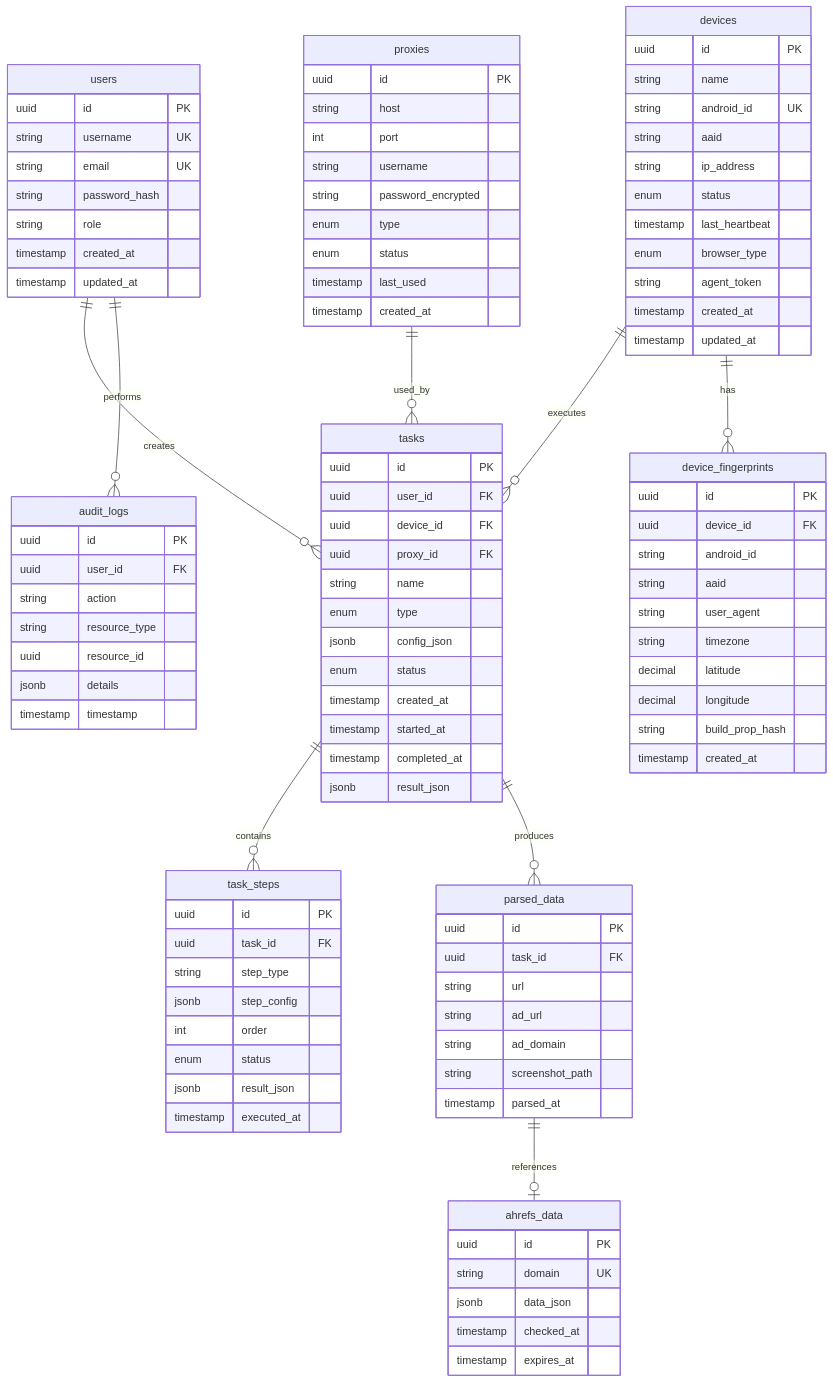
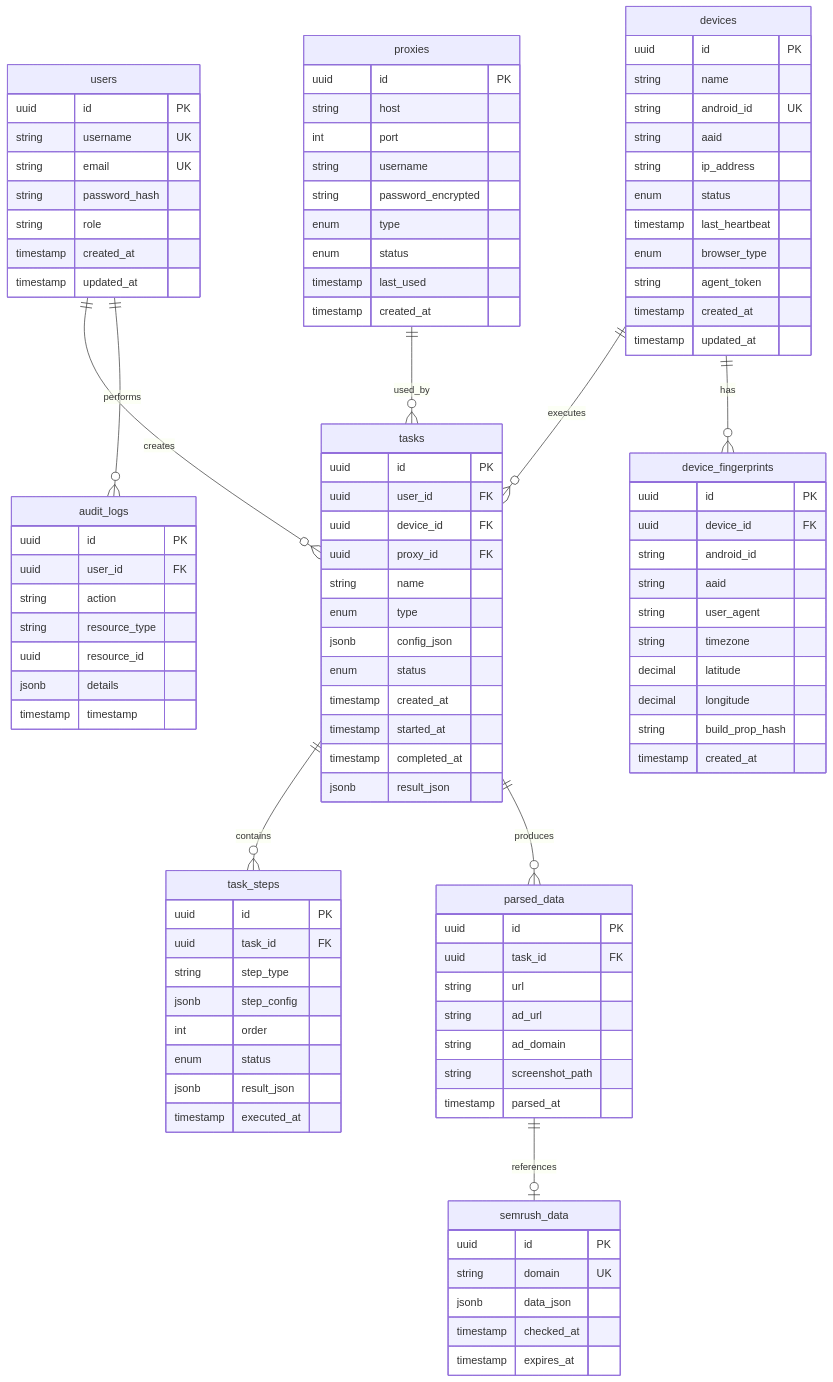
Before and after one commit to TaisyaFreelanse/andoid: the diagram in docs/erd.md, drawn with Mermaid. The commit also changed other lines of this file and 7 other files, not shown here.

```diff
--- a/docs/erd.md
+++ b/docs/erd.md
@@ -13,7 +13,7 @@
     tasks ||--o{ task_steps : contains
     tasks ||--o{ parsed_data : produces
     proxies ||--o{ tasks : used_by
-    parsed_data ||--o| ahrefs_data : references
+    parsed_data ||--o| semrush_data : references
     
     users {
         uuid id PK
@@ -87,7 +87,7 @@
         timestamp parsed_at
     }
     
-    ahrefs_data {
+    semrush_data {
         uuid id PK
         string domain UK
         jsonb data_json
```
